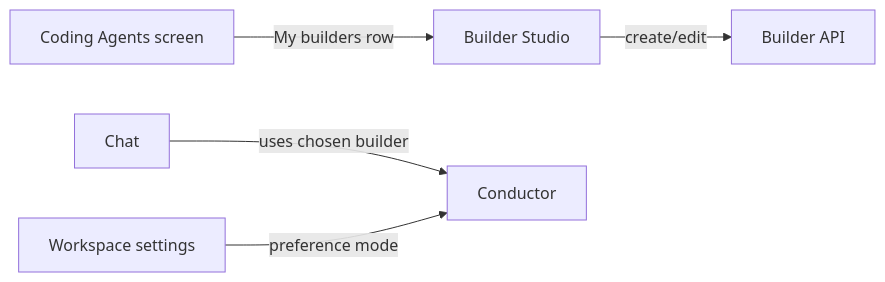
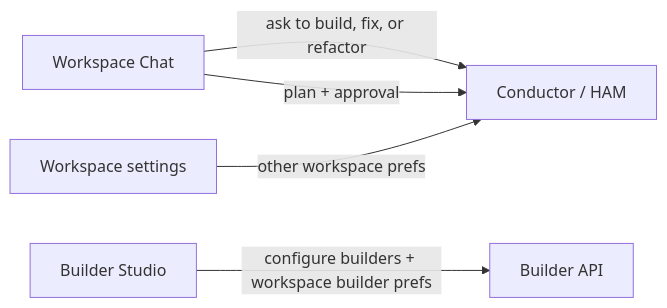
The first of 6 diagrams in docs/CUSTOM_BUILDER_STUDIO_SPEC.md (Code-Munkiz/ham), drawn with Mermaid before and after one commit. The commit also changed other lines of this file and 19 other files, not shown here.

Commit message:
refactor(frontend): make builder studio the coding surface

````diff
--- a/docs/CUSTOM_BUILDER_STUDIO_SPEC.md
+++ b/docs/CUSTOM_BUILDER_STUDIO_SPEC.md
@@ -193,13 +193,12 @@
 ```mermaid
 flowchart LR
-  CHAT[Chat]
+  CHAT[Workspace Chat]
   BS[Builder Studio]
-  CA[Coding Agents screen]
   SET[Workspace settings]
-  CHAT -- "uses chosen builder" --> CONDUCTOR
-  BS -- "create/edit" --> API
-  CA -- "My builders row" --> BS
-  SET -- "preference mode" --> CONDUCTOR
-  CONDUCTOR[Conductor]
+  CHAT -- "ask to build, fix, or refactor" --> CONDUCTOR
+  CHAT -- "plan + approval" --> CONDUCTOR
+  BS -- "configure builders + workspace builder prefs" --> API
+  SET -- "other workspace prefs" --> CONDUCTOR
+  CONDUCTOR[Conductor / HAM]
   API[Builder API]
 ```
````
